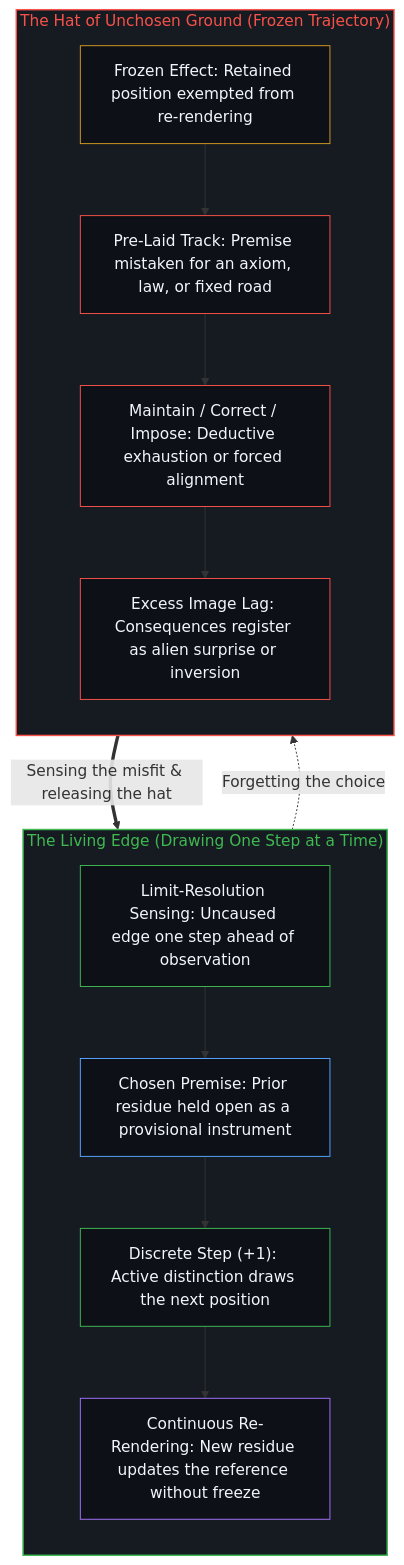
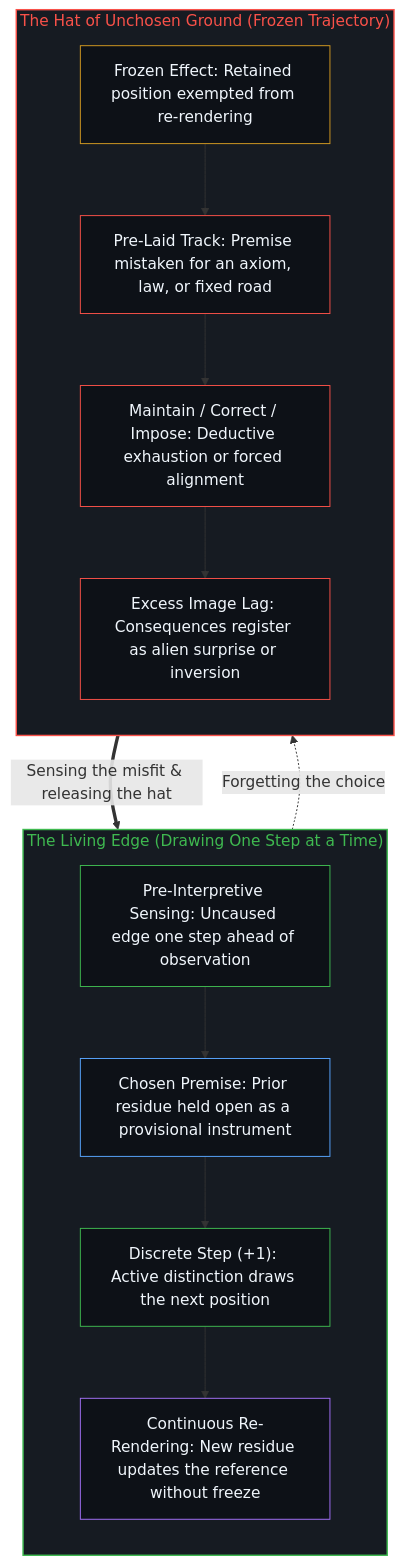
Before and after one commit to powerpig99/not-a-toe: the second of 2 diagrams in content/posts/the-path-drawn-one-step-at-a-time.md, drawn with Mermaid. The commit also changed other lines of this file and 13 other files, not shown here.

````diff
--- a/content/posts/the-path-drawn-one-step-at-a-time.md
+++ b/content/posts/the-path-drawn-one-step-at-a-time.md
@@ -55,31 +55,31 @@
 ```mermaid
 flowchart TD
     subgraph S_Live["The Living Edge (Drawing One Step at a Time)"]
         direction TB
-        L_Sense["Limit-Resolution Sensing: Uncaused edge one step ahead of observation"]
+        L_Sense["Pre-Interpretive Sensing: Uncaused edge one step ahead of observation"]
         L_Premise["Chosen Premise: Prior residue held open as a provisional instrument"]
         L_Step["Discrete Step (+1): Active distinction draws the next position"]
         L_Renew["Continuous Re-Rendering: New residue updates the reference without freeze"]
         L_Sense --> L_Premise --> L_Step --> L_Renew
     end
     subgraph S_Hat["The Hat of Unchosen Ground (Frozen Trajectory)"]
         direction TB
         H_Freeze["Frozen Effect: Retained position exempted from re-rendering"]
         H_Track["Pre-Laid Track: Premise mistaken for an axiom, law, or fixed road"]
         H_Modes["Maintain / Correct / Impose: Deductive exhaustion or forced alignment"]
         H_Gap["Excess Image Lag: Consequences register as alien surprise or inversion"]
         H_Freeze --> H_Track --> H_Modes --> H_Gap
     end
     L_Premise -.->|"Forgetting the choice"| H_Freeze
     H_Gap ==>|"Sensing the misfit & releasing the hat"| L_Sense
     style S_Live fill:#161b22,stroke:#3fb950,stroke-width:1.5px,color:#3fb950
     style S_Hat fill:#161b22,stroke:#f85149,stroke-width:1.5px,color:#f85149
     style L_Sense fill:#0d1117,stroke:#3fb950,stroke-width:1px,color:#f0f6fc
     style L_Premise fill:#0d1117,stroke:#58a6ff,stroke-width:1px,color:#f0f6fc
     style L_Step fill:#0d1117,stroke:#3fb950,stroke-width:1px,color:#f0f6fc
     style L_Renew fill:#0d1117,stroke:#a371f7,stroke-width:1px,color:#f0f6fc
     style H_Freeze fill:#0d1117,stroke:#d29922,stroke-width:1px,color:#f0f6fc
     style H_Track fill:#0d1117,stroke:#f85149,stroke-width:1px,color:#f0f6fc
     style H_Modes fill:#0d1117,stroke:#f85149,stroke-width:1px,color:#f0f6fc
     style H_Gap fill:#0d1117,stroke:#f85149,stroke-width:1px,color:#f0f6fc
 ```
````
